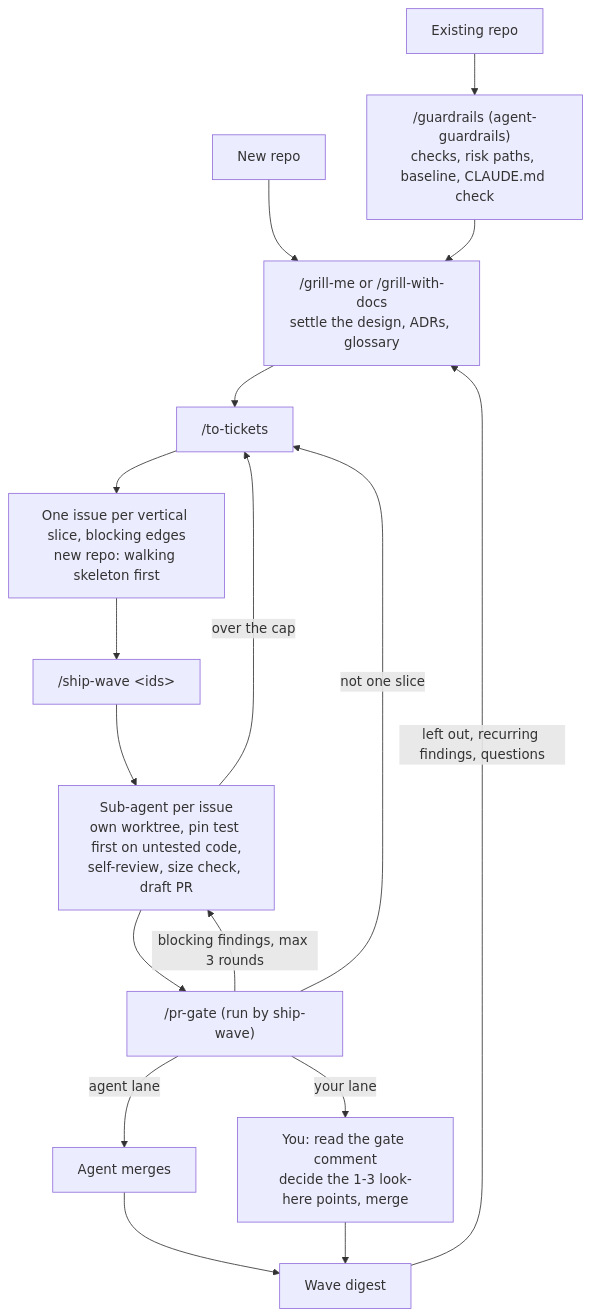
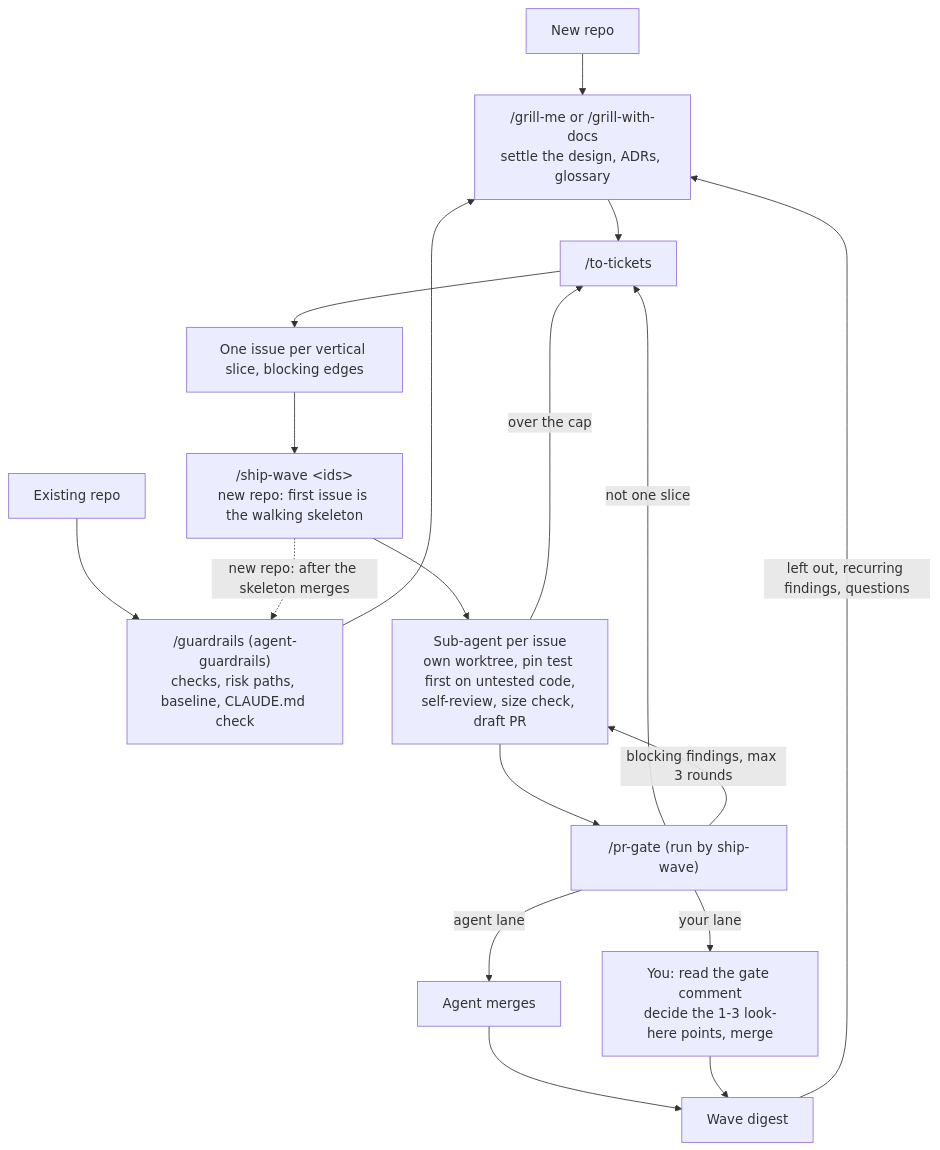
Before and after one commit to freshmick/agent-skills: the diagram in README.md, drawn with Mermaid. The commit also changed other lines of this file and 1 other file, not shown here.

Commit message:
ship-wave, README: gate review fixes for to-tickets
to-tickets issues list no files or test, so the lead works them out;
the first issue of a new repo is built as the walking skeleton and
/guardrails runs before the rest; the cap goes with a re-cut; the
ledger keeps the wave's start date; GitHub claims assign the issue;
the pin test passes on unchanged code.

Part of #10

````diff
--- a/README.md
+++ b/README.md
@@ -26,19 +26,20 @@
 ```mermaid
 flowchart TD
     N[New repo] --> A
     X[Existing repo] --> G0["/guardrails (agent-guardrails)<br/>checks, risk paths, baseline, CLAUDE.md check"]
     G0 --> A["/grill-me or /grill-with-docs<br/>settle the design, ADRs, glossary"]
     A --> B["/to-tickets"]
-    B --> C[One issue per vertical slice, blocking edges<br/>new repo: walking skeleton first]
-    C --> D["/ship-wave &lt;ids&gt;"]
+    B --> C[One issue per vertical slice, blocking edges]
+    C --> D["/ship-wave &lt;ids&gt;<br/>new repo: first issue is the walking skeleton"]
+    D -.->|new repo: after the skeleton merges| G0
     D --> E[Sub-agent per issue<br/>own worktree, pin test first on untested code,<br/>self-review, size check, draft PR]
     E -->|over the cap| B
     E --> F["/pr-gate (run by ship-wave)"]
     F -->|not one slice| B
     F -->|blocking findings, max 3 rounds| E
     F -->|agent lane| G[Agent merges]
     F -->|your lane| H[You: read the gate comment<br/>decide the 1-3 look-here points, merge]
     G --> I[Wave digest]
     H --> I
     I -->|left out, recurring findings, questions| A
 ```
````
